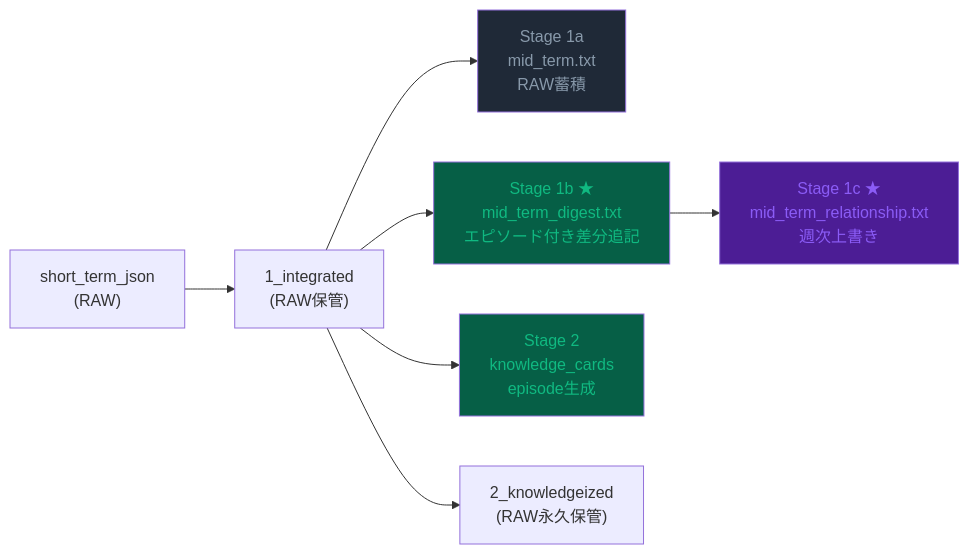
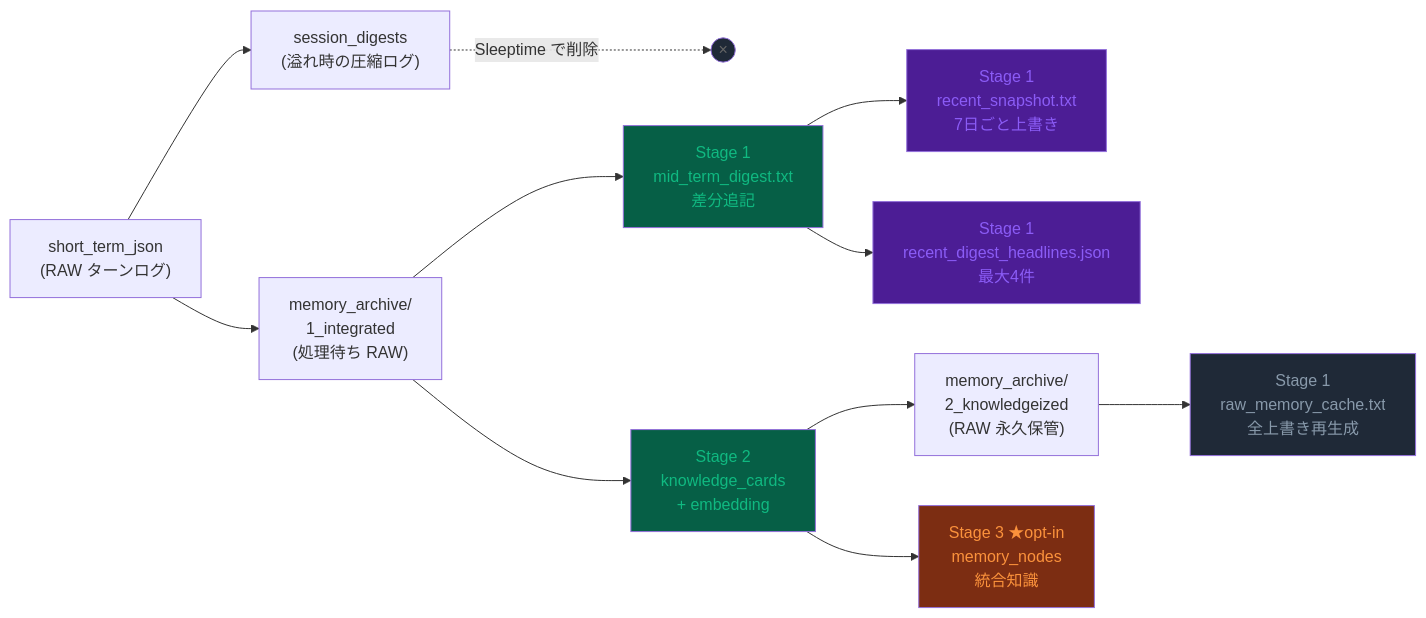
One commit to unagisann/Butly changed the third of 11 diagrams in docs/reference/DIAGRAMS.ja.md. Above: the diagram before and after it, drawn with Mermaid. The commit also changed other lines of this file and 28 other files, not shown here.

````diff
--- a/docs/reference/DIAGRAMS.ja.md
+++ b/docs/reference/DIAGRAMS.ja.md
@@ -74,14 +104,21 @@
 ```mermaid
 flowchart LR
-    RAW["short_term_json<br/>(RAW)"] --> INT["1_integrated<br/>(RAW保管)"]
-    INT --> S1a["Stage 1a<br/>mid_term.txt<br/>RAW蓄積"]
-    INT --> S1b["Stage 1b ★<br/>mid_term_digest.txt<br/>エピソード付き差分追記"]
-    S1b --> S1c["Stage 1c ★<br/>mid_term_relationship.txt<br/>週次上書き"]
-    INT --> S2["Stage 2<br/>knowledge_cards<br/>episode生成"]
-    INT --> KN["2_knowledgeized<br/>(RAW永久保管)"]
+    ST["short_term_json<br/>(RAW ターンログ)"] --> SD["session_digests<br/>(溢れ時の圧縮ログ)"]
+    ST --> INT["memory_archive/<br/>1_integrated<br/>(処理待ち RAW)"]
+    SD -.->|Sleeptime で削除| X(("×"))
+    INT --> S1b["Stage 1<br/>mid_term_digest.txt<br/>差分追記"]
+    S1b --> S1c["Stage 1<br/>recent_snapshot.txt<br/>7日ごと上書き"]
+    S1b --> S1d["Stage 1<br/>recent_digest_headlines.json<br/>最大4件"]
+    INT --> S2["Stage 2<br/>knowledge_cards<br/>+ embedding"]
+    S2 --> KN["memory_archive/<br/>2_knowledgeized<br/>(RAW 永久保管)"]
+    KN --> RC["Stage 1<br/>raw_memory_cache.txt<br/>全上書き再生成"]
+    S2 --> S3["Stage 3 ★opt-in<br/>memory_nodes<br/>統合知識"]
 
     style S1b fill:#065f46,color:#10b981
     style S1c fill:#4c1d95,color:#8b5cf6
-    style S1a fill:#1f2937,color:#8899aa
+    style S1d fill:#4c1d95,color:#8b5cf6
     style S2 fill:#065f46,color:#10b981
+    style S3 fill:#7c2d12,color:#fb923c
+    style RC fill:#1f2937,color:#8899aa
+    style X fill:#1f2937,color:#666
 ```
````
